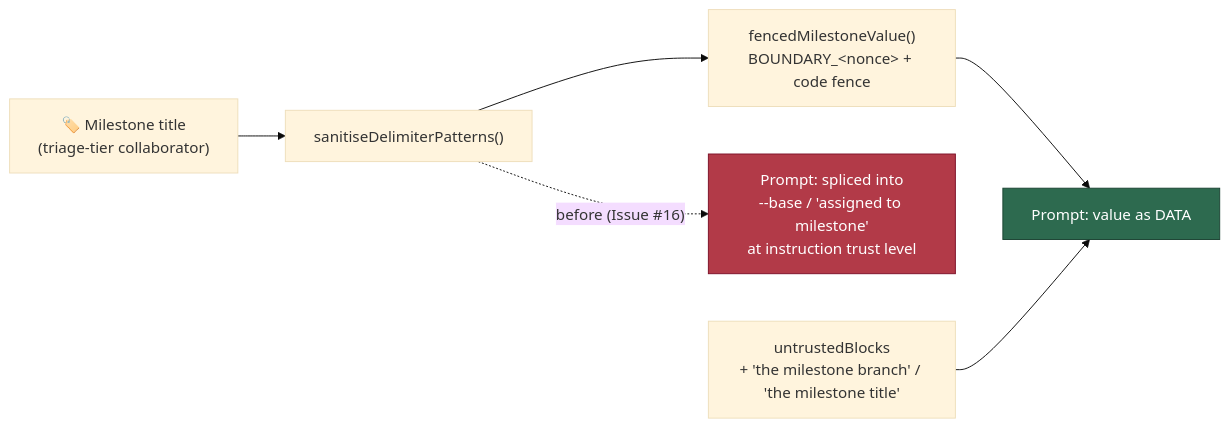
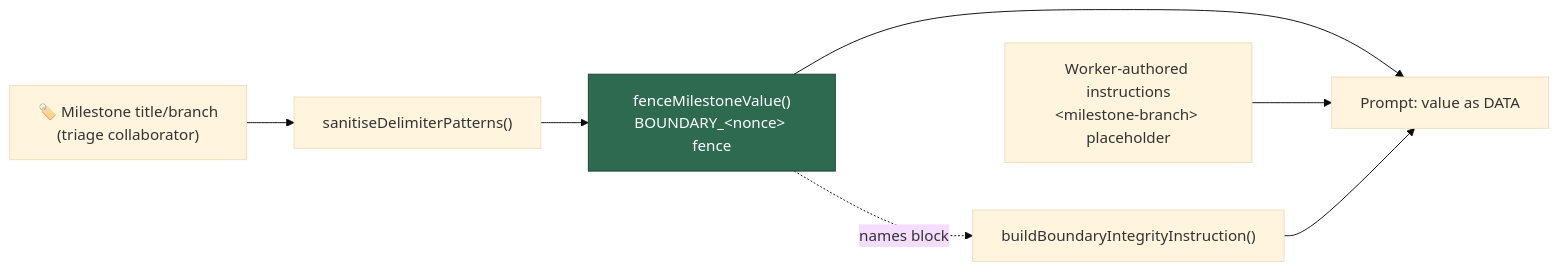
The diagram in docs/archive/pr-summaries/pr-summary-16.md (stSoftwareAU/VibeCoder), drawn with Mermaid (base theme) before and after one commit. The commit also changed other lines of this file, not shown here.

First line of the commit message:
Add PR summary for the milestone fence fix (Issue #16)

````diff
--- a/docs/archive/pr-summaries/pr-summary-16.md
+++ b/docs/archive/pr-summaries/pr-summary-16.md
@@ -47,10 +51,10 @@
 ```mermaid
 flowchart LR
-    M["🏷️ Milestone title<br/>(triage-tier collaborator)"] --> S["sanitiseDelimiterPatterns()"]
-    S --> F["fencedMilestoneValue()<br/>BOUNDARY_&lt;nonce&gt; + code fence"]
+    M["🏷️ Milestone title/branch<br/>(triage collaborator)"] --> S["sanitiseDelimiterPatterns()"]
+    S --> F["fenceMilestoneValue()<br/>BOUNDARY_&lt;nonce&gt; fence"]
     F --> P["Prompt: value as DATA"]
-    S -. "before (Issue #16)" .-> I["Prompt: spliced into<br/>--base / 'assigned to milestone'<br/>at instruction trust level"]
-    U["untrustedBlocks<br/>+ 'the milestone branch' / 'the milestone title'"] --> P
-    style I fill:#b23a48,stroke:#7d1128,color:#fff
-    style P fill:#2d6a4f,stroke:#1b4332,color:#fff
+    I["Worker-authored instructions<br/>&lt;milestone-branch&gt; placeholder"] --> P
+    F -.names block.-> B["buildBoundaryIntegrityInstruction()"]
+    B --> P
+    style F fill:#2d6a4f,stroke:#1b4332,color:#fff
 ```
````
